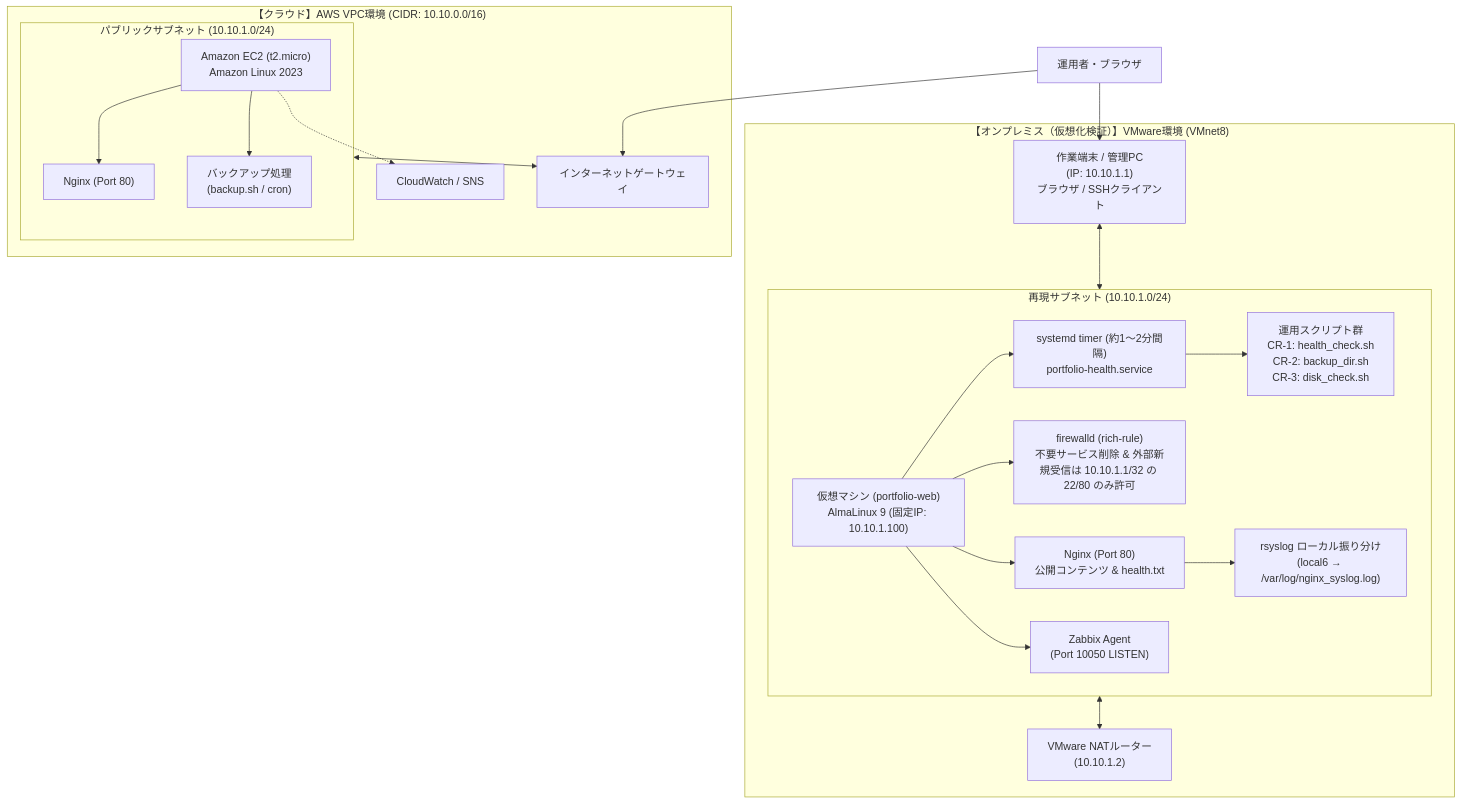
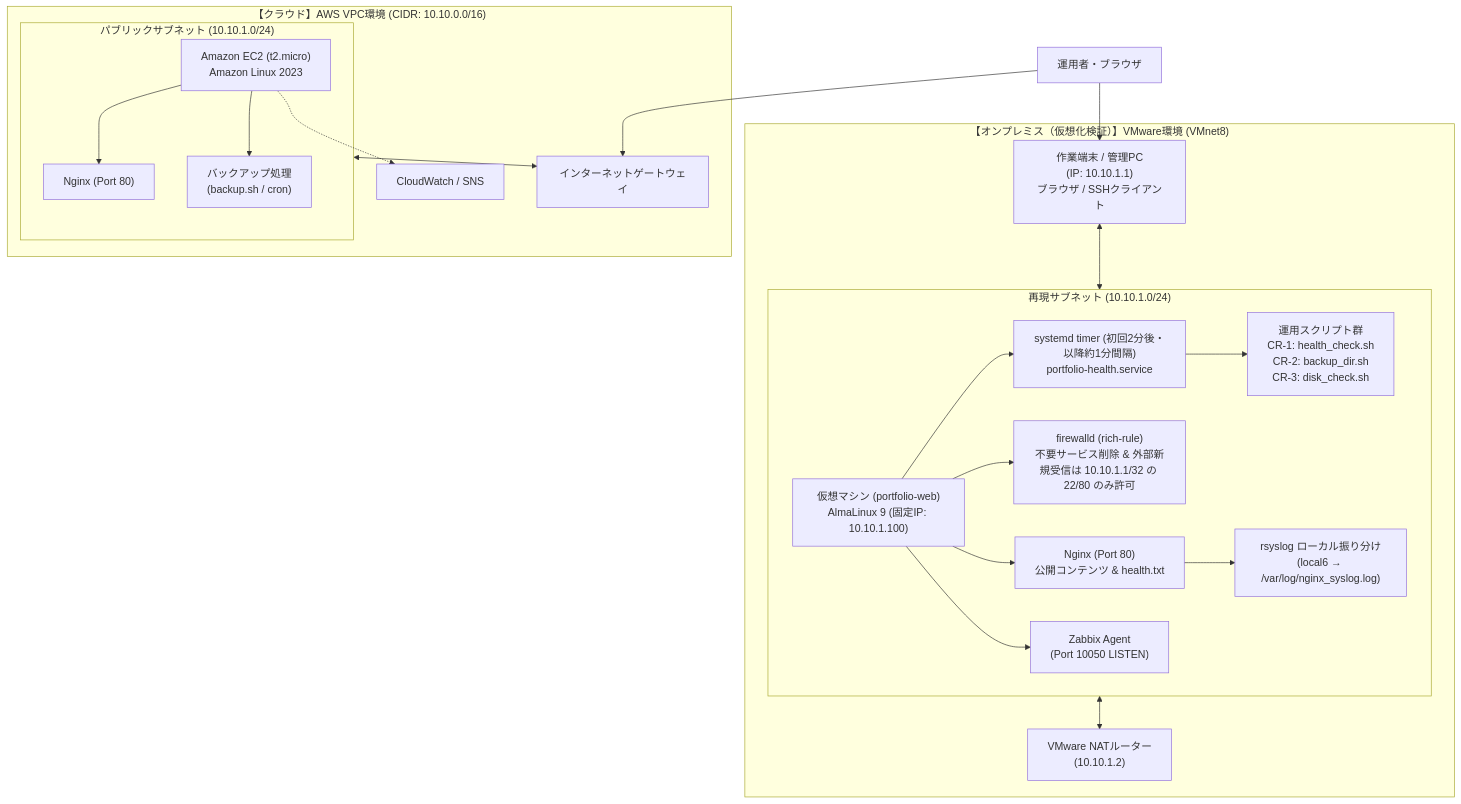
One commit to tsdeportfolio/aws-linux-hybrid-portfolio changed the first of 2 diagrams in README.md. Above: the diagram before and after it, drawn with Mermaid. The commit also changed other lines of this file and 4 other files, not shown here.

````diff
--- a/README.md
+++ b/README.md
@@ -93,43 +93,43 @@
 ```mermaid
 flowchart TD
     subgraph AWS_Cloud ["【クラウド】AWS VPC環境 (CIDR: 10.10.0.0/16)"]
         subgraph AWS_Subnet ["パブリックサブネット (10.10.1.0/24)"]
             EC2["Amazon EC2 (t2.micro)<br>Amazon Linux 2023"]
             Nginx["Nginx (Port 80)"]
             Backup["バックアップ処理<br>(backup.sh / cron)"]
             EC2 --> Nginx
             EC2 --> Backup
         end
         IGW["インターネットゲートウェイ"]
         CW["CloudWatch / SNS"]
         AWS_Subnet <--> IGW
         EC2 -.-> CW
     end
 
     subgraph On_Premise ["【オンプレミス（仮想化検証）】VMware環境 (VMnet8)"]
         subgraph Local_Subnet ["再現サブネット (10.10.1.0/24)"]
             VM["仮想マシン (portfolio-web)<br>AlmaLinux 9 (固定IP: 10.10.1.100)"]
             Local_Nginx["Nginx (Port 80)<br>公開コンテンツ & health.txt"]
             Firewalld["firewalld (rich-rule)<br>不要サービス削除 & 外部新規受信は 10.10.1.1/32 の 22/80 のみ許可"]
-            SystemdTimer["systemd timer (約1〜2分間隔)<br>portfolio-health.service"]
+            SystemdTimer["systemd timer (初回2分後・以降約1分間隔)<br>portfolio-health.service"]
             CR_Scripts["運用スクリプト群<br>CR-1: health_check.sh<br>CR-2: backup_dir.sh<br>CR-3: disk_check.sh"]
             ZabbixAgent["Zabbix Agent<br>(Port 10050 LISTEN)"]
             Rsyslog["rsyslog ローカル振り分け<br>(local6 → /var/log/nginx_syslog.log)"]
             
             VM --> Local_Nginx
             VM --> Firewalld
             VM --> SystemdTimer
             SystemdTimer --> CR_Scripts
             VM --> ZabbixAgent
             Local_Nginx --> Rsyslog
         end
         NAT_GW["VMware NATルーター<br>(10.10.1.2)"]
         HostPC["作業端末 / 管理PC<br>(IP: 10.10.1.1)<br>ブラウザ / SSHクライアント"]
         
         HostPC <--> Local_Subnet
         Local_Subnet <--> NAT_GW
     end
 
     User_Access["運用者・ブラウザ"] --> IGW
     User_Access --> HostPC
 ```
````
